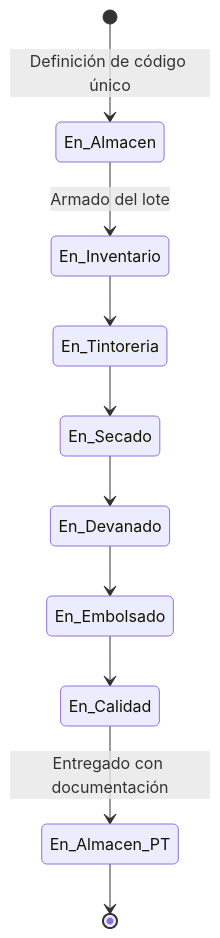
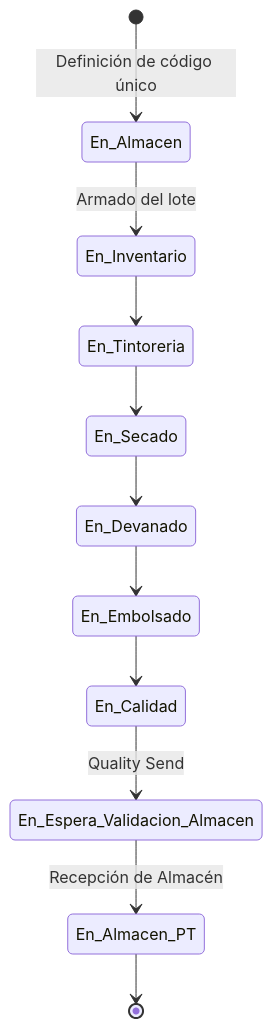
One commit to luiscm17/yarn-epr changed the diagram in docs/prd/operation/lot-processing.md. Above: the diagram before and after it, drawn with Mermaid. The commit also changed other lines of this file and 1 other file, not shown here.

````diff
--- a/docs/prd/operation/lot-processing.md
+++ b/docs/prd/operation/lot-processing.md
@@ -178,12 +178,13 @@
 ```mermaid
 stateDiagram-v2
     [*] --> En_Almacen: Definición de código único
     En_Almacen --> En_Inventario: Armado del lote
     En_Inventario --> En_Tintoreria
     En_Tintoreria --> En_Secado
     En_Secado --> En_Devanado
     En_Devanado --> En_Embolsado
     En_Embolsado --> En_Calidad
-    En_Calidad --> En_Almacen_PT: Entregado con documentación
+    En_Calidad --> En_Espera_Validacion_Almacen: Quality Send
+    En_Espera_Validacion_Almacen --> En_Almacen_PT: Recepción de Almacén
     En_Almacen_PT --> [*]
 ```
````
